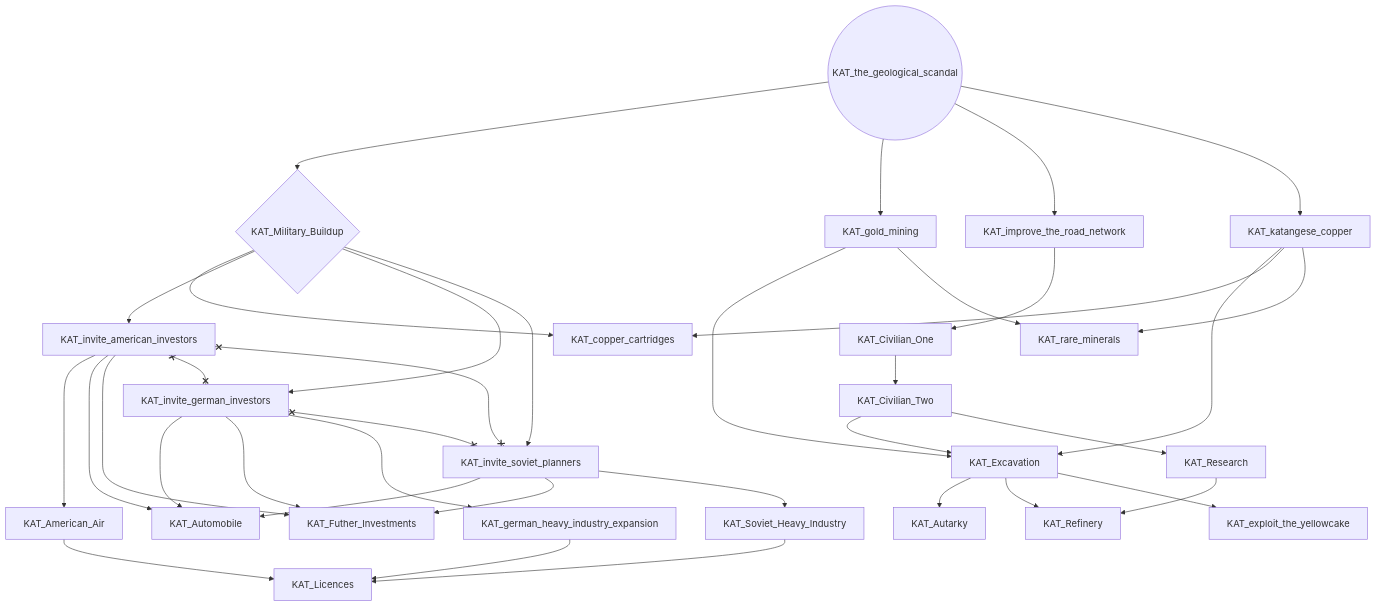
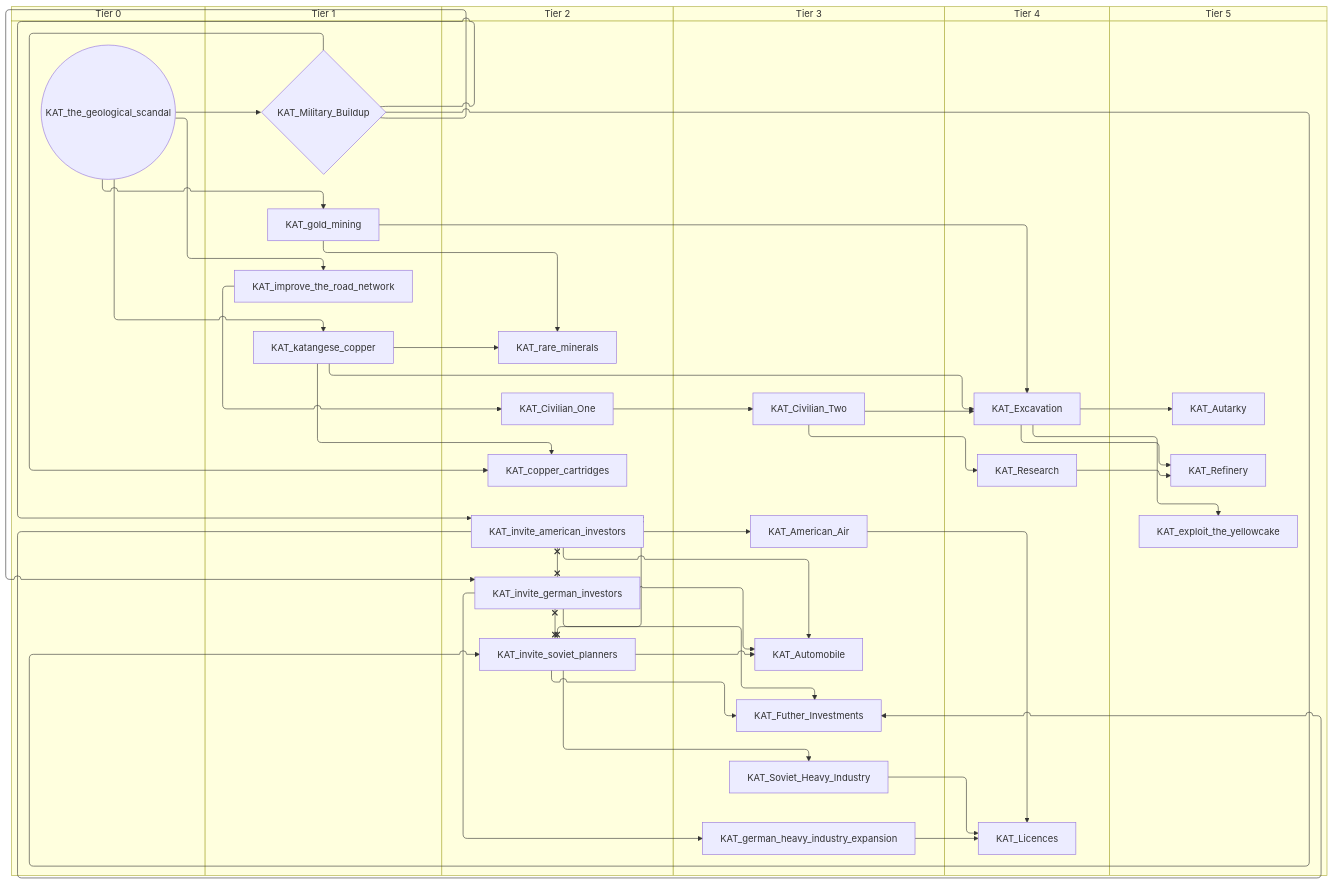
Before and after one commit to evgeny-sobol/hoi4-sandbox-mode-r56: the diagram in docs/gdd/National Focuses/katanga.md, drawn with Mermaid. The commit also changed 423 other files, not shown here.

First line of the commit message:
Re-export Rt56 focus trees as swimlane diagrams

````diff
--- a/docs/gdd/National Focuses/katanga.md
+++ b/docs/gdd/National Focuses/katanga.md
@@ -3,62 +3,74 @@
 ```mermaid
-flowchart TD
-    n1["KAT_American_Air"]
-    n2["KAT_Autarky"]
-    n3["KAT_Automobile"]
-    n4["KAT_Civilian_One"]
-    n5["KAT_Civilian_Two"]
-    n6["KAT_Excavation"]
-    n7["KAT_Futher_Investments"]
-    n8["KAT_Licences"]
-    n9{"KAT_Military_Buildup"}
-    n10["KAT_Refinery"]
-    n11["KAT_Research"]
-    n12["KAT_Soviet_Heavy_Industry"]
-    n13["KAT_copper_cartridges"]
-    n14["KAT_exploit_the_yellowcake"]
-    n15["KAT_german_heavy_industry_expansion"]
-    n16["KAT_gold_mining"]
-    n17["KAT_improve_the_road_network"]
-    n18["KAT_invite_american_investors"]
-    n19["KAT_invite_german_investors"]
-    n20["KAT_invite_soviet_planners"]
-    n21["KAT_katangese_copper"]
-    n22["KAT_rare_minerals"]
-    n23(("KAT_the_geological_scandal"))
-    n18 --> n1
-    n6 --> n2
-    n18 --> n3
-    n19 --> n3
-    n20 --> n3
-    n17 --> n4
-    n4 --> n5
-    n5 --> n6
-    n16 --> n6
-    n21 --> n6
-    n18 --> n7
-    n19 --> n7
-    n20 --> n7
-    n1 --> n8
-    n15 --> n8
-    n12 --> n8
-    n23 --> n9
-    n6 --> n10
-    n11 --> n10
+swimlane-beta TD
+    subgraph tier_0["Tier 0"]
+        n1(("KAT_the_geological_scandal"))
+    end
+    subgraph tier_1["Tier 1"]
+        n2{"KAT_Military_Buildup"}
+        n3["KAT_gold_mining"]
+        n4["KAT_improve_the_road_network"]
+        n5["KAT_katangese_copper"]
+    end
+    subgraph tier_2["Tier 2"]
+        n6["KAT_Civilian_One"]
+        n7["KAT_copper_cartridges"]
+        n8["KAT_invite_american_investors"]
+        n9["KAT_invite_german_investors"]
+        n10["KAT_invite_soviet_planners"]
+        n11["KAT_rare_minerals"]
+    end
+    subgraph tier_3["Tier 3"]
+        n12["KAT_American_Air"]
+        n13["KAT_Automobile"]
+        n14["KAT_Civilian_Two"]
+        n15["KAT_Futher_Investments"]
+        n16["KAT_Soviet_Heavy_Industry"]
+        n17["KAT_german_heavy_industry_expansion"]
+    end
+    subgraph tier_4["Tier 4"]
+        n18["KAT_Excavation"]
+        n19["KAT_Licences"]
+        n20["KAT_Research"]
+    end
+    subgraph tier_5["Tier 5"]
+        n21["KAT_Autarky"]
+        n22["KAT_Refinery"]
+        n23["KAT_exploit_the_yellowcake"]
+    end
+    n8 --> n12
+    n18 --> n21
+    n8 --> n13
+    n9 --> n13
+    n10 --> n13
+    n4 --> n6
+    n6 --> n14
+    n14 --> n18
+    n3 --> n18
+    n5 --> n18
+    n8 --> n15
+    n9 --> n15
+    n10 --> n15
+    n12 --> n19
+    n17 --> n19
+    n16 --> n19
+    n1 --> n2
+    n18 --> n22
+    n20 --> n22
+    n14 --> n20
+    n10 --> n16
+    n5 --> n7
+    n2 --> n7
+    n18 --> n23
+    n9 --> n17
+    n1 --> n3
+    n1 --> n4
+    n2 --> n8
+    n2 --> n9
+    n2 --> n10
+    n1 --> n5
+    n3 --> n11
     n5 --> n11
-    n20 --> n12
-    n21 --> n13
-    n9 --> n13
-    n6 --> n14
-    n19 --> n15
-    n23 --> n16
-    n23 --> n17
-    n9 --> n18
-    n9 --> n19
-    n9 --> n20
-    n23 --> n21
-    n16 --> n22
-    n21 --> n22
-    n18 x--x n19
-    n18 x--x n20
-    n19 x--x n20
+    n8 x--x n9
+    n8 x--x n10
+    n9 x--x n10
 ```
````
